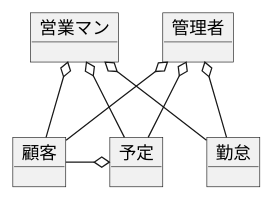
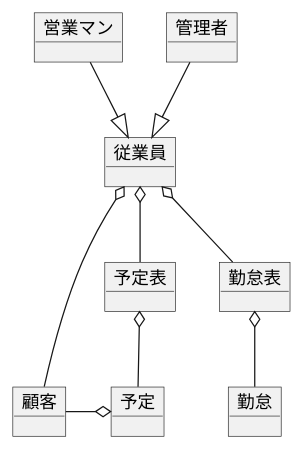
The diagram in doc/v1.0.0/ドメインモデル.pu (k42un0k0/k42un0k0force), drawn with PlantUML before and after one commit.

Commit message:
docs(doc): :memo: update domain model diagram
add emploee, timetable and attendance record to domain model

```diff
--- a/doc/v1.0.0/ドメインモデル.pu
+++ b/doc/v1.0.0/ドメインモデル.pu
@@ -1,18 +1,22 @@
 @startuml ドメインモデル
 
 object 営業マン
 object 管理者
+object 従業員
 
 object 顧客
+object 予定表
 object 予定
+object 勤怠表
 object 勤怠
 
-営業マン o-- 顧客
-営業マン o-- 予定
-営業マン o-- 勤怠
-管理者 o-- 顧客
-管理者 o-- 予定
-管理者 o-- 勤怠
+営業マン --|> 従業員
+管理者 --|> 従業員 
+従業員 o-- 顧客
+従業員 o-- 予定表
+予定表 o-- 予定
 予定 o-left- 顧客
+従業員 o-- 勤怠表
+勤怠表 o-- 勤怠
 
 @enduml
```
